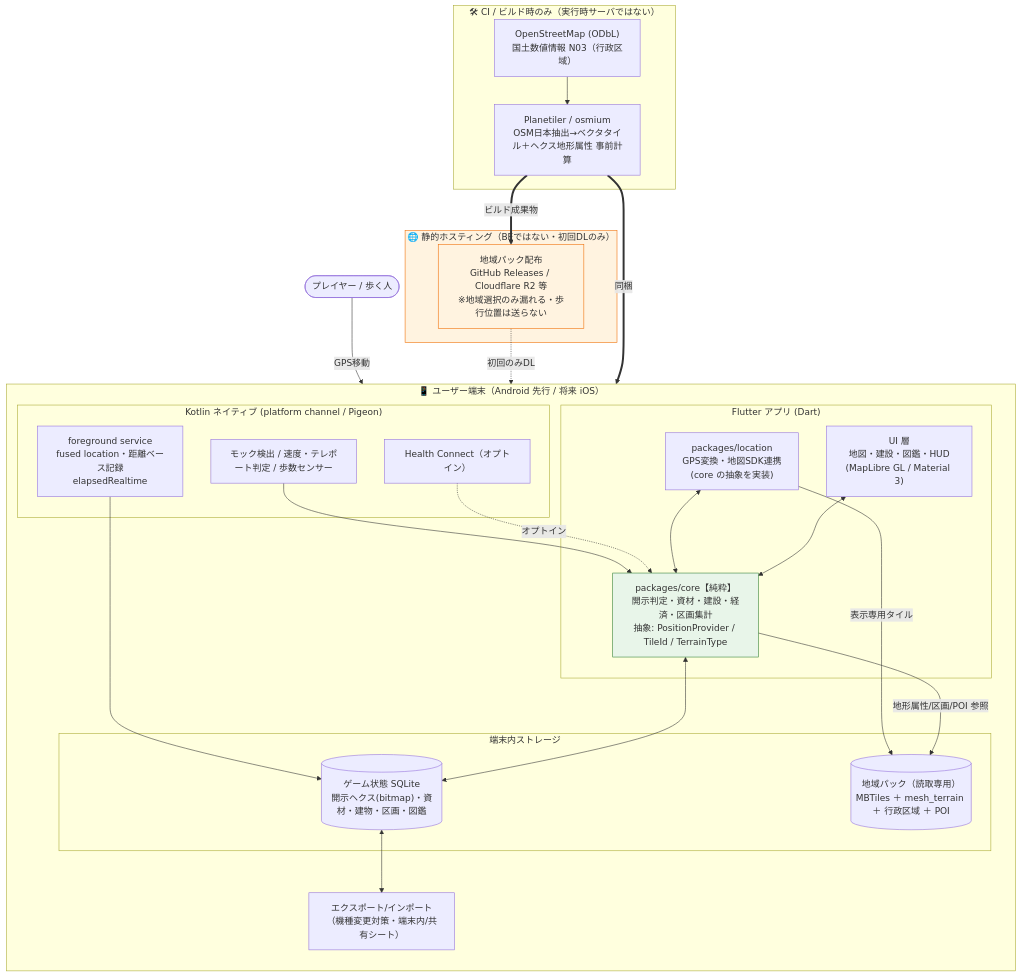
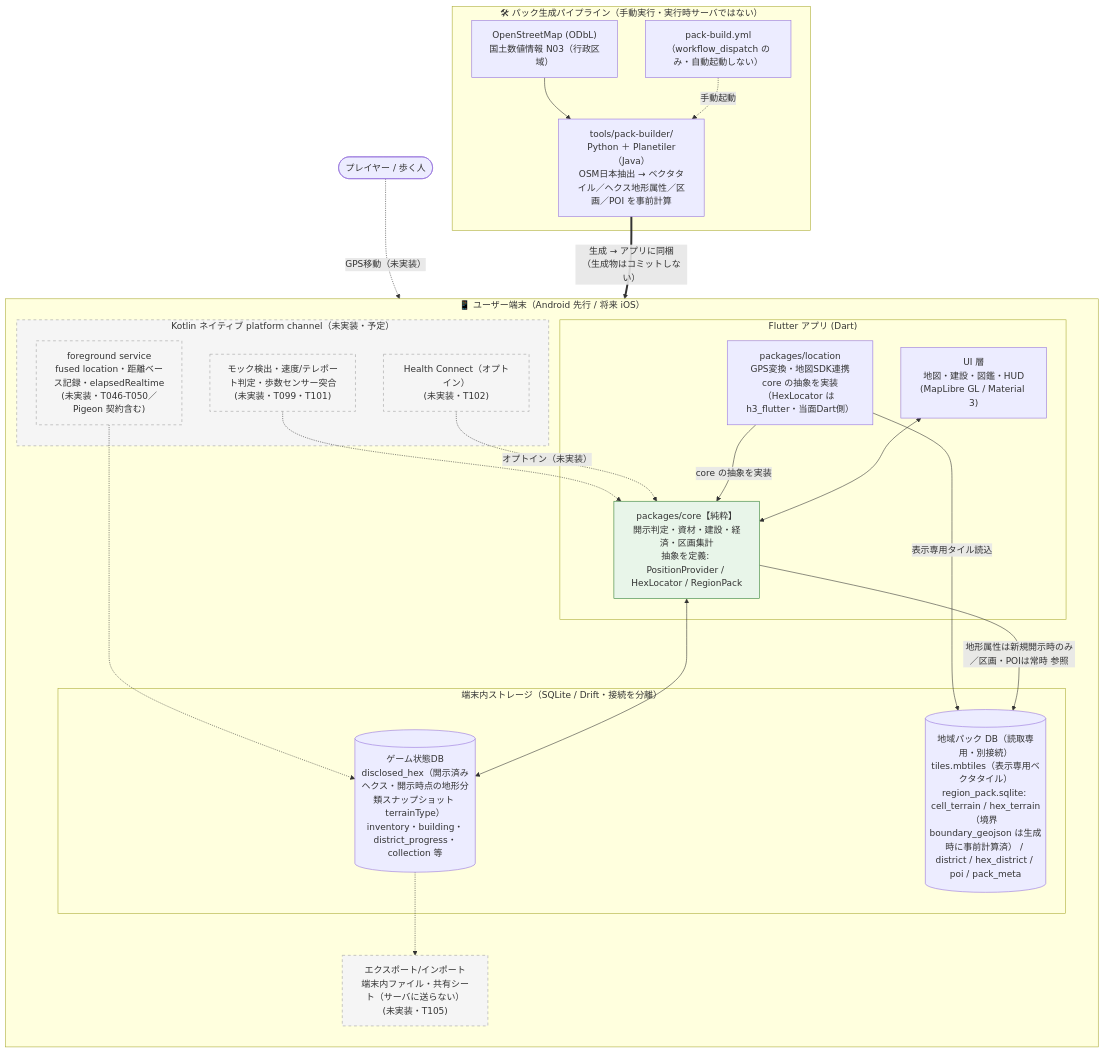
The first of 3 diagrams in docs/architecture.md (rokusoudo-product/terra-town), drawn with Mermaid before and after one commit. The commit also changed other lines of this file and 1 other file, not shown here.

Commit message:
docs: architecture.md/README の構成図をMVP実態(パック同梱・通信ゼロ)に同期する (#119) (#120)
MVPの外部通信がゼロであること・存在しないmesh_terrainの除去・開示時点スナップショット/フォグfeature-state/ヘクス境界事前計算の反映・拡張フェーズCDNの分離を行った。Closes #119

````diff
--- a/docs/architecture.md
+++ b/docs/architecture.md
@@ -9,52 +10,49 @@
 ```mermaid
 flowchart TB
     user([プレイヤー / 歩く人])
 
     subgraph device["📱 ユーザー端末（Android 先行 / 将来 iOS）"]
         direction TB
         subgraph flutter["Flutter アプリ (Dart)"]
             ui["UI 層<br/>地図・建設・図鑑・HUD<br/>(MapLibre GL / Material 3)"]
-            core["packages/core【純粋】<br/>開示判定・資材・建設・経済・区画集計<br/>抽象: PositionProvider / TileId / TerrainType"]
-            loc["packages/location<br/>GPS変換・地図SDK連携<br/>(core の抽象を実装)"]
+            core["packages/core【純粋】<br/>開示判定・資材・建設・経済・区画集計<br/>抽象を定義: PositionProvider / HexLocator / RegionPack"]
+            loc["packages/location<br/>GPS変換・地図SDK連携<br/>core の抽象を実装（HexLocator は h3_flutter・当面Dart側）"]
         end
-        subgraph native["Kotlin ネイティブ (platform channel / Pigeon)"]
-            fg["foreground service<br/>fused location・距離ベース記録<br/>elapsedRealtime"]
-            anti["モック検出 / 速度・テレポート判定 / 歩数センサー"]
-            health["Health Connect（オプトイン）"]
+        subgraph native["Kotlin ネイティブ platform channel（未実装・予定）"]
+            fg["foreground service<br/>fused location・距離ベース記録・elapsedRealtime<br/>(未実装・T046-T050／Pigeon 契約含む)"]
+            anti["モック検出・速度/テレポート判定・歩数センサー突合<br/>(未実装・T099・T101)"]
+            health["Health Connect（オプトイン）<br/>(未実装・T102)"]
         end
-        subgraph store["端末内ストレージ"]
-            gamedb[("ゲーム状態 SQLite<br/>開示ヘクス(bitmap)・資材・建物・区画・図鑑")]
-            pack[("地域パック（読取専用）<br/>MBTiles ＋ mesh_terrain ＋ 行政区域 ＋ POI")]
+        subgraph store["端末内ストレージ（SQLite / Drift・接続を分離）"]
+            gamedb[("ゲーム状態DB<br/>disclosed_hex（開示済みヘクス・開示時点の地形分類スナップショット terrainType）<br/>inventory・building・district_progress・collection 等")]
+            pack[("地域パック DB（読取専用・別接続）<br/>tiles.mbtiles（表示専用ベクタタイル）<br/>region_pack.sqlite: cell_terrain / hex_terrain（境界 boundary_geojson は生成時に事前計算済） / district / hex_district / poi / pack_meta")]
         end
-        exp["エクスポート/インポート<br/>（機種変更対策・端末内/共有シート）"]
+        exp["エクスポート/インポート<br/>端末内ファイル・共有シート（サーバに送らない）<br/>(未実装・T105)"]
     end
 
-    subgraph static["🌐 静的ホスティング（BEではない・初回DLのみ）"]
-        cdn["地域パック配布<br/>GitHub Releases / Cloudflare R2 等<br/>※地域選択のみ漏れる・歩行位置は送らない"]
+    user -.GPS移動（未実装）.-> fg
+    fg -.-> gamedb
+    anti -.-> core
+    health -.オプトイン（未実装）.-> core
+    loc -->|core の抽象を実装| core
+    ui <--> core
+    loc -->|表示専用タイル読込| pack
+    core -->|地形属性は新規開示時のみ／区画・POIは常時 参照| pack
+    core <--> gamedb
+    gamedb -.-> exp
+
+    subgraph packbuild["🛠 パック生成パイプライン（手動実行・実行時サーバではない）"]
+        planetiler["tools/pack-builder/<br/>Python ＋ Planetiler（Java）<br/>OSM日本抽出 → ベクタタイル／ヘクス地形属性／区画／POI を事前計算"]
+        osm["OpenStreetMap (ODbL)<br/>国土数値情報 N03（行政区域）"]
+        ghaction["pack-build.yml<br/>（workflow_dispatch のみ・自動起動しない）"]
     end
 
-    subgraph ci["🛠 CI / ビルド時のみ（実行時サーバではない）"]
-        planetiler["Planetiler / osmium<br/>OSM日本抽出→ベクタタイル＋ヘクス地形属性 事前計算"]
-        osm["OpenStreetMap (ODbL)<br/>国土数値情報 N03（行政区域）"]
-    end
-
-    user -->|GPS移動| fg
-    fg --> gamedb
-    anti --> core
-    health -.オプトイン.-> core
-    loc <--> core
-    ui <--> core
-    loc -->|表示専用タイル| pack
-    core -->|地形属性/区画/POI 参照| pack
-    core <--> gamedb
-    gamedb <--> exp
-    cdn -.初回のみDL.-> pack
     osm --> planetiler
-    planetiler ==>|ビルド成果物| cdn
-    planetiler ==>|同梱| pack
+    ghaction -.手動起動.-> planetiler
+    planetiler ==>|生成 → アプリに同梱<br/>（生成物はコミットしない）| pack
 
     classDef pure fill:#e8f5e9,stroke:#2e7d32;
-    classDef nobe fill:#fff3e0,stroke:#ef6c00;
+    classDef planned stroke-dasharray: 5 5,fill:#f5f5f5,stroke:#9e9e9e;
     class core pure
-    class static,cdn nobe
+    class native,fg,anti,health,exp planned
 ```
````
